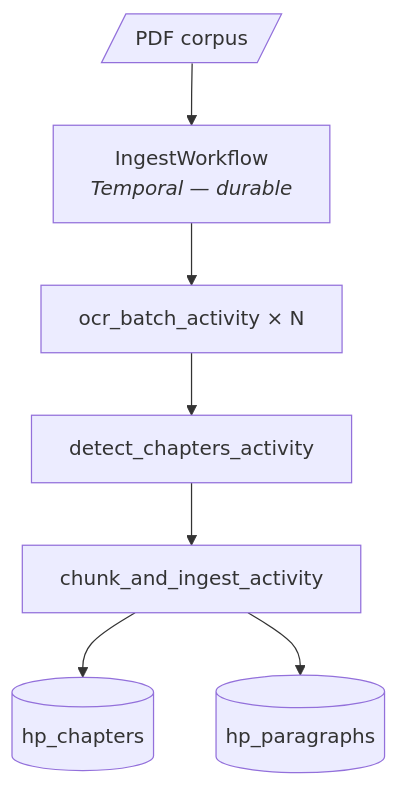
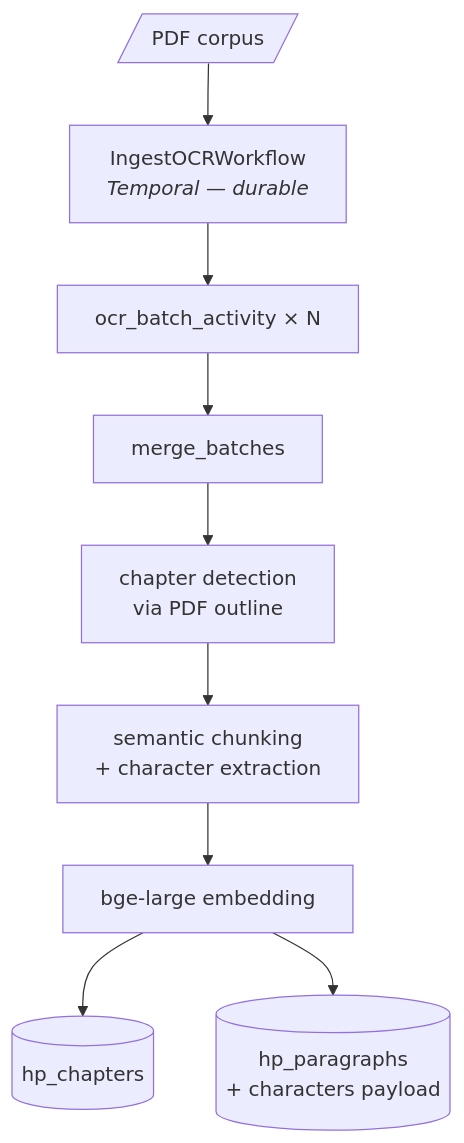
One commit to heyashy/horcrux changed the first of 3 diagrams in README.md. Above: the diagram before and after it, drawn with Mermaid. The commit also changed other lines of this file, not shown here.

````diff
--- a/README.md
+++ b/README.md
@@ -44,9 +104,11 @@
 ```mermaid
 flowchart TD
-    PDF[/PDF corpus/] --> W["IngestWorkflow<br/><i>Temporal — durable</i>"]
+    PDF[/PDF corpus/] --> W["IngestOCRWorkflow<br/><i>Temporal — durable</i>"]
     W --> O["ocr_batch_activity × N"]
-    O --> CD["detect_chapters_activity"]
-    CD --> CH["chunk_and_ingest_activity"]
-    CH --> QC[("hp_chapters")]
-    CH --> QP[("hp_paragraphs")]
+    O --> M[merge_batches]
+    M --> CD[chapter detection<br/>via PDF outline]
+    CD --> CH[semantic chunking<br/>+ character extraction]
+    CH --> EM[bge-large embedding]
+    EM --> QC[("hp_chapters")]
+    EM --> QP[("hp_paragraphs<br/>+ characters payload")]
 ```
````
